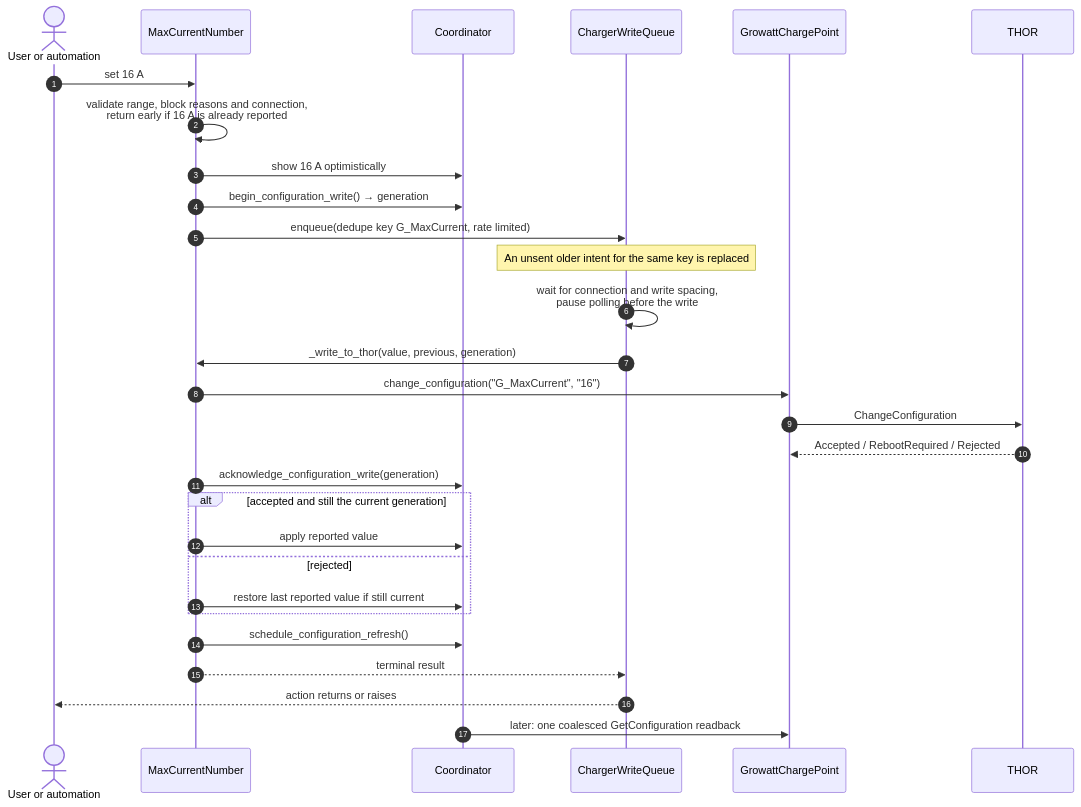
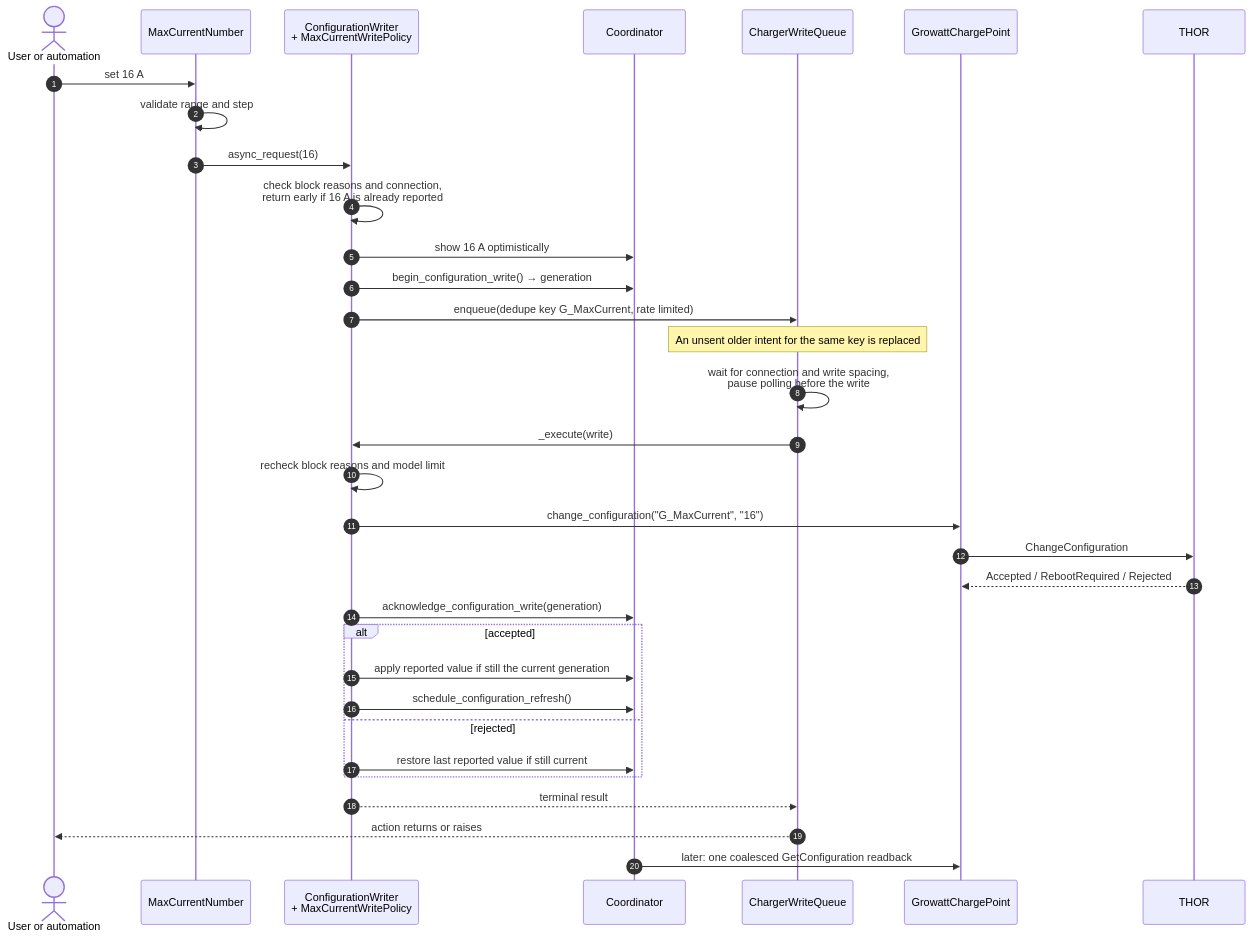
Before and after one commit to bobbesnl/growatt_thor: the third of 4 diagrams in docs/runtime-flows.md, drawn with Mermaid. The commit also changed other lines of this file and 4 other files, not shown here.

````diff
--- a/docs/runtime-flows.md
+++ b/docs/runtime-flows.md
@@ -121,32 +121,36 @@
 ```mermaid
 sequenceDiagram
   autonumber
   actor User as User or automation
   participant Entity as MaxCurrentNumber
+  participant Writer as ConfigurationWriter<br/>+ MaxCurrentWritePolicy
   participant Coord as Coordinator
   participant Queue as ChargerWriteQueue
   participant CP as GrowattChargePoint
   participant THOR
 
   User->>Entity: set 16 A
-  Entity->>Entity: validate range, block reasons and connection,<br/>return early if 16 A is already reported
-  Entity->>Coord: show 16 A optimistically
-  Entity->>Coord: begin_configuration_write() → generation
-  Entity->>Queue: enqueue(dedupe key G_MaxCurrent, rate limited)
+  Entity->>Entity: validate range and step
+  Entity->>Writer: async_request(16)
+  Writer->>Writer: check block reasons and connection,<br/>return early if 16 A is already reported
+  Writer->>Coord: show 16 A optimistically
+  Writer->>Coord: begin_configuration_write() → generation
+  Writer->>Queue: enqueue(dedupe key G_MaxCurrent, rate limited)
   Note over Queue: An unsent older intent for the same key is replaced
   Queue->>Queue: wait for connection and write spacing,<br/>pause polling before the write
-  Queue->>Entity: _write_to_thor(value, previous, generation)
-  Entity->>CP: change_configuration("G_MaxCurrent", "16")
+  Queue->>Writer: _execute(write)
+  Writer->>Writer: recheck block reasons and model limit
+  Writer->>CP: change_configuration("G_MaxCurrent", "16")
   CP->>THOR: ChangeConfiguration
   THOR-->>CP: Accepted / RebootRequired / Rejected
-  Entity->>Coord: acknowledge_configuration_write(generation)
-  alt accepted and still the current generation
-    Entity->>Coord: apply reported value
+  Writer->>Coord: acknowledge_configuration_write(generation)
+  alt accepted
+    Writer->>Coord: apply reported value if still the current generation
+    Writer->>Coord: schedule_configuration_refresh()
   else rejected
-    Entity->>Coord: restore last reported value if still current
+    Writer->>Coord: restore last reported value if still current
   end
-  Entity->>Coord: schedule_configuration_refresh()
-  Entity-->>Queue: terminal result
+  Writer-->>Queue: terminal result
   Queue-->>User: action returns or raises
   Coord->>CP: later: one coalesced GetConfiguration readback
 ```
````
